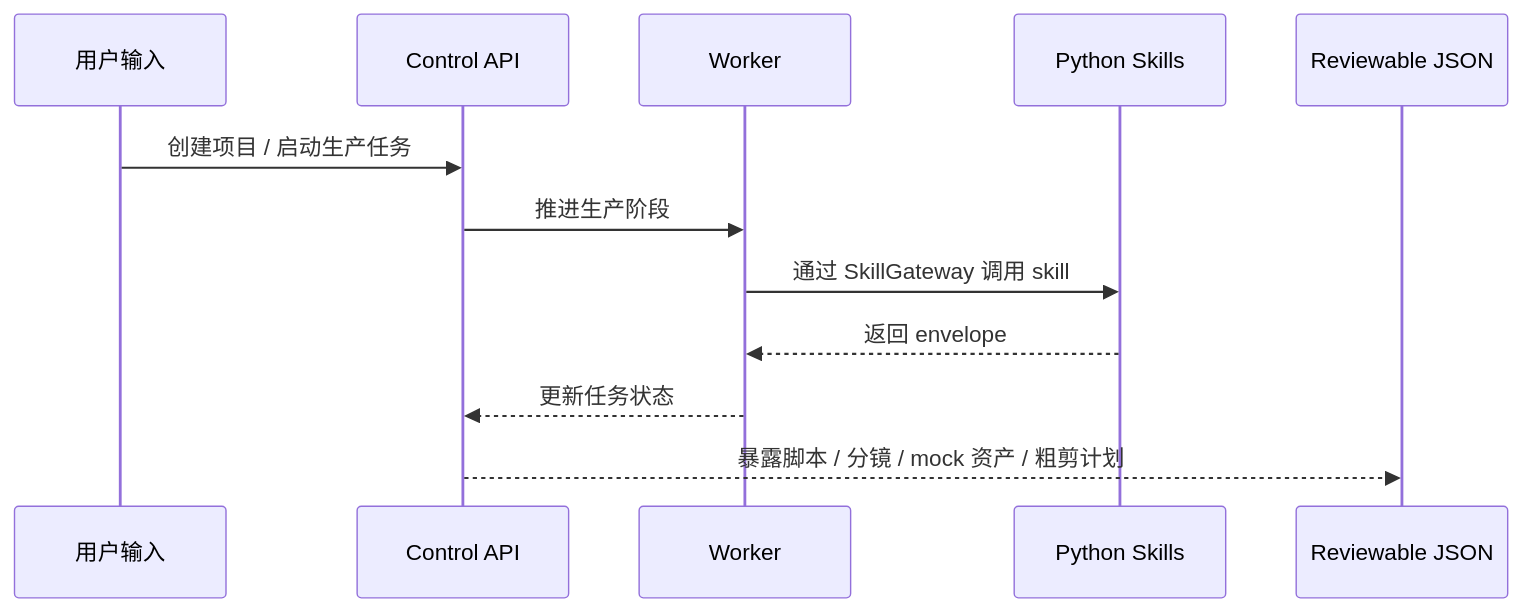
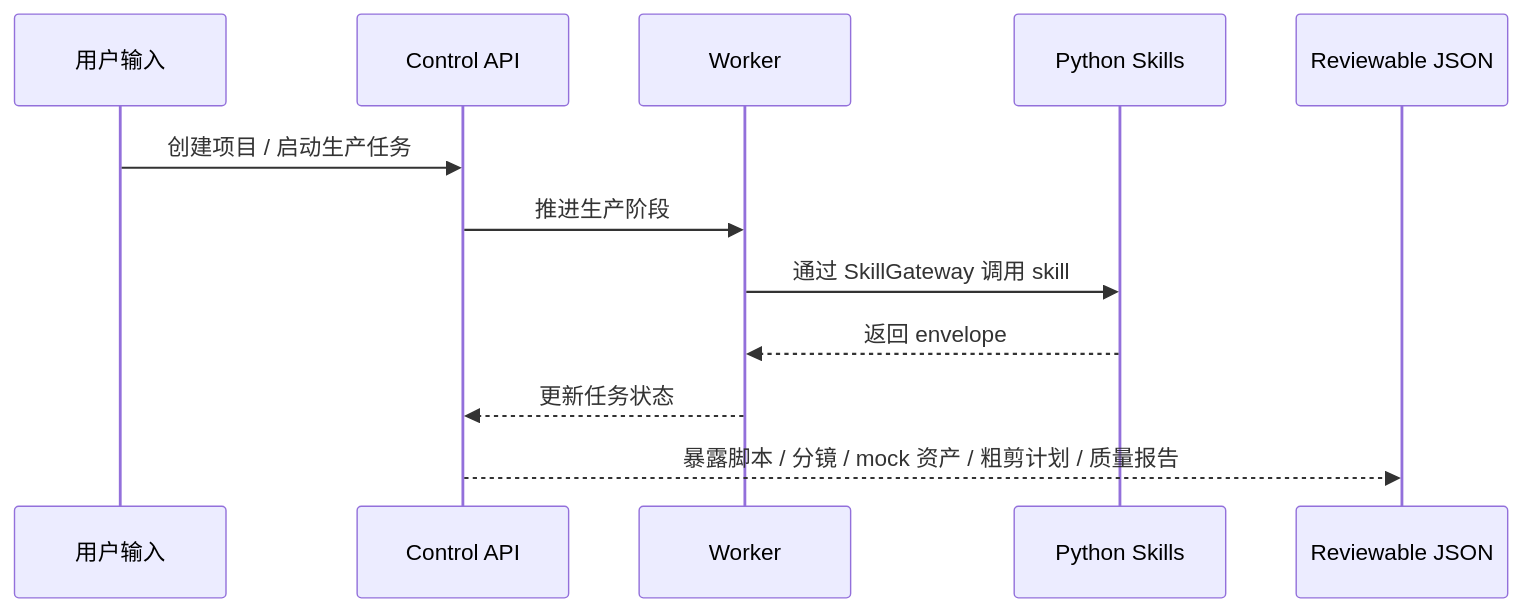
The second of 2 diagrams in README.md (White-147/MiLuStudio), drawn with Mermaid before and after one commit. The commit also changed other lines of this file and 65 other files, not shown here.

````diff
--- a/README.md
+++ b/README.md
@@ -93,15 +96,15 @@
 ```mermaid
 sequenceDiagram
     participant U as 用户输入
     participant API as Control API
     participant W as Worker
     participant S as Python Skills
     participant R as Reviewable JSON
 
     U->>API: 创建项目 / 启动生产任务
     API->>W: 推进生产阶段
     W->>S: 通过 SkillGateway 调用 skill
     S-->>W: 返回 envelope
     W-->>API: 更新任务状态
-    API-->>R: 暴露脚本 / 分镜 / mock 资产 / 粗剪计划
+    API-->>R: 暴露脚本 / 分镜 / mock 资产 / 粗剪计划 / 质量报告
 ```
````
